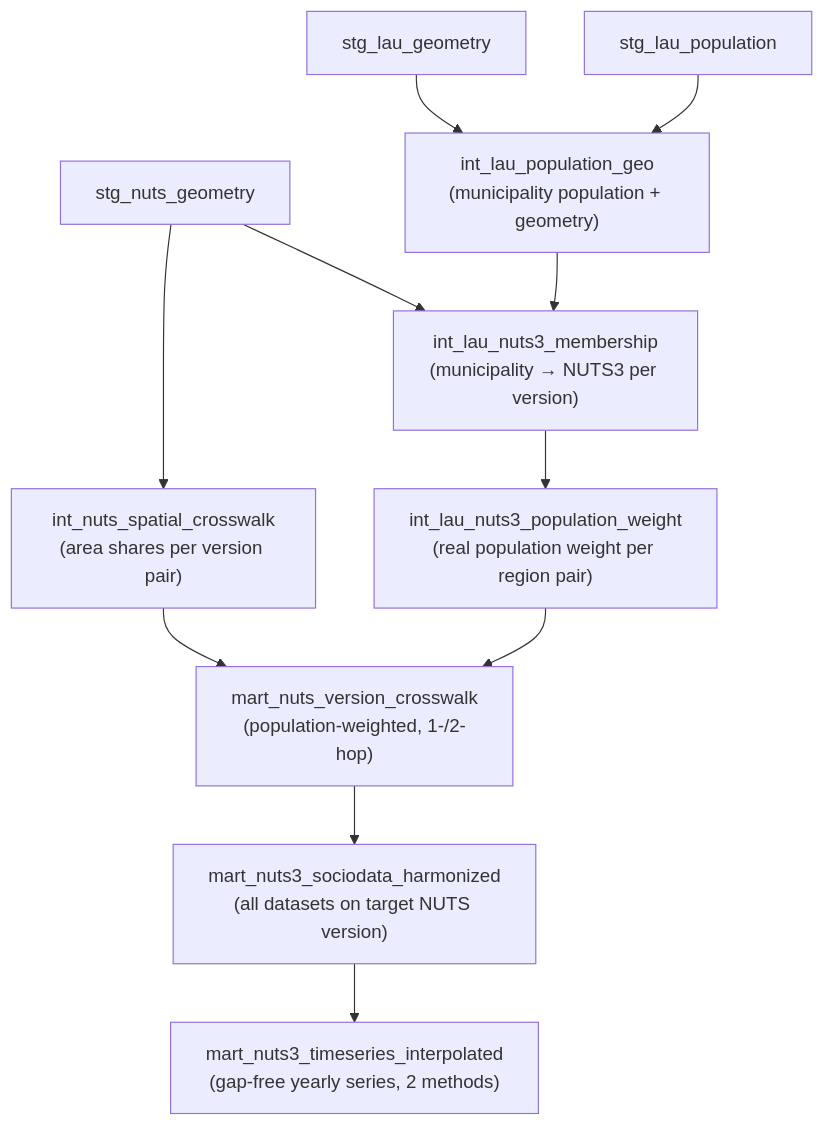
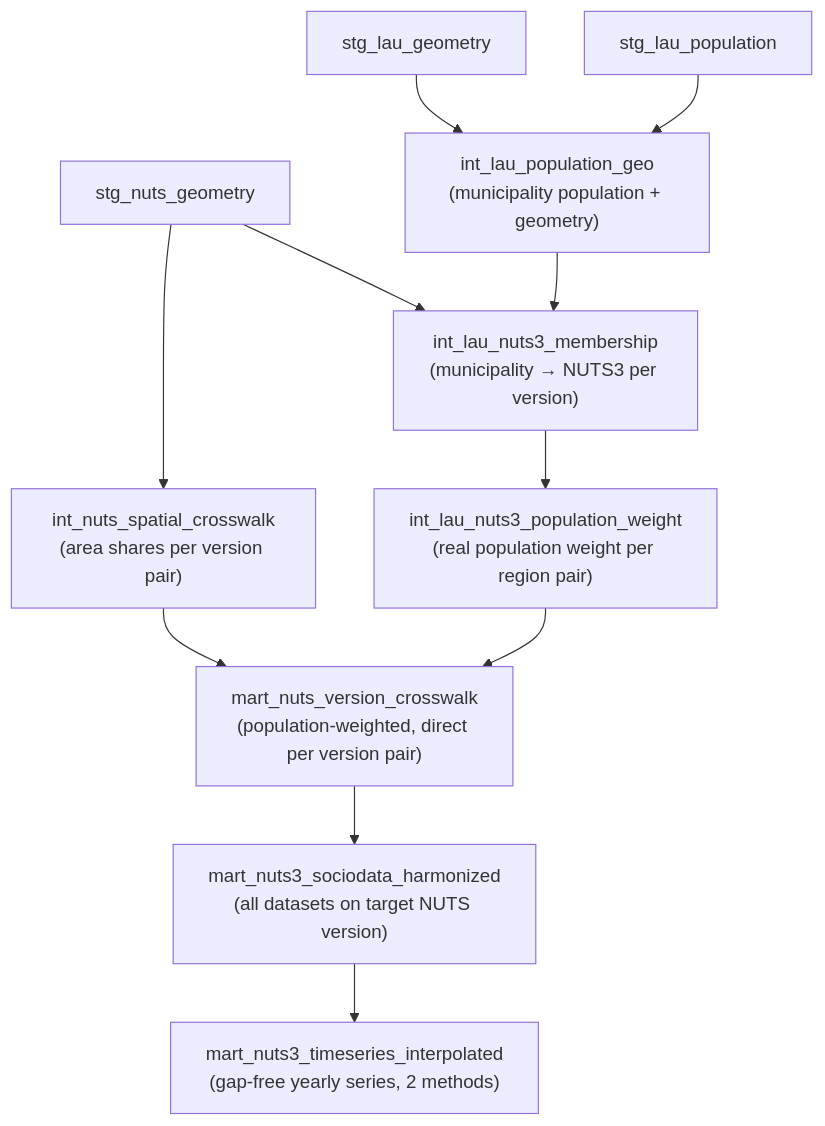
Before and after one commit to BjoernFuertges/Socioeconomic-Data: the first of 2 diagrams in docs/pipeline/dbt.md, drawn with Mermaid. The commit also changed other lines of this file and 181 other files, not shown here.

````diff
--- a/docs/pipeline/dbt.md
+++ b/docs/pipeline/dbt.md
@@ -48,13 +48,13 @@
 ```mermaid
 flowchart TB
     stg_nuts["stg_nuts_geometry"] --> spatial["int_nuts_spatial_crosswalk\n(area shares per version pair)"]
     stg_lau_geo["stg_lau_geometry"] --> lau_geo["int_lau_population_geo\n(municipality population + geometry)"]
     stg_lau_pop["stg_lau_population"] --> lau_geo
     stg_nuts --> membership["int_lau_nuts3_membership\n(municipality → NUTS3 per version)"]
     lau_geo --> membership
     membership --> popweight["int_lau_nuts3_population_weight\n(real population weight per region pair)"]
-    spatial --> xwalk["mart_nuts_version_crosswalk\n(population-weighted, 1-/2-hop)"]
+    spatial --> xwalk["mart_nuts_version_crosswalk\n(population-weighted, direct per version pair)"]
     popweight --> xwalk
     xwalk --> harmonized["mart_nuts3_sociodata_harmonized\n(all datasets on target NUTS version)"]
     harmonized --> interpolated["mart_nuts3_timeseries_interpolated\n(gap-free yearly series, 2 methods)"]
 ```
````
